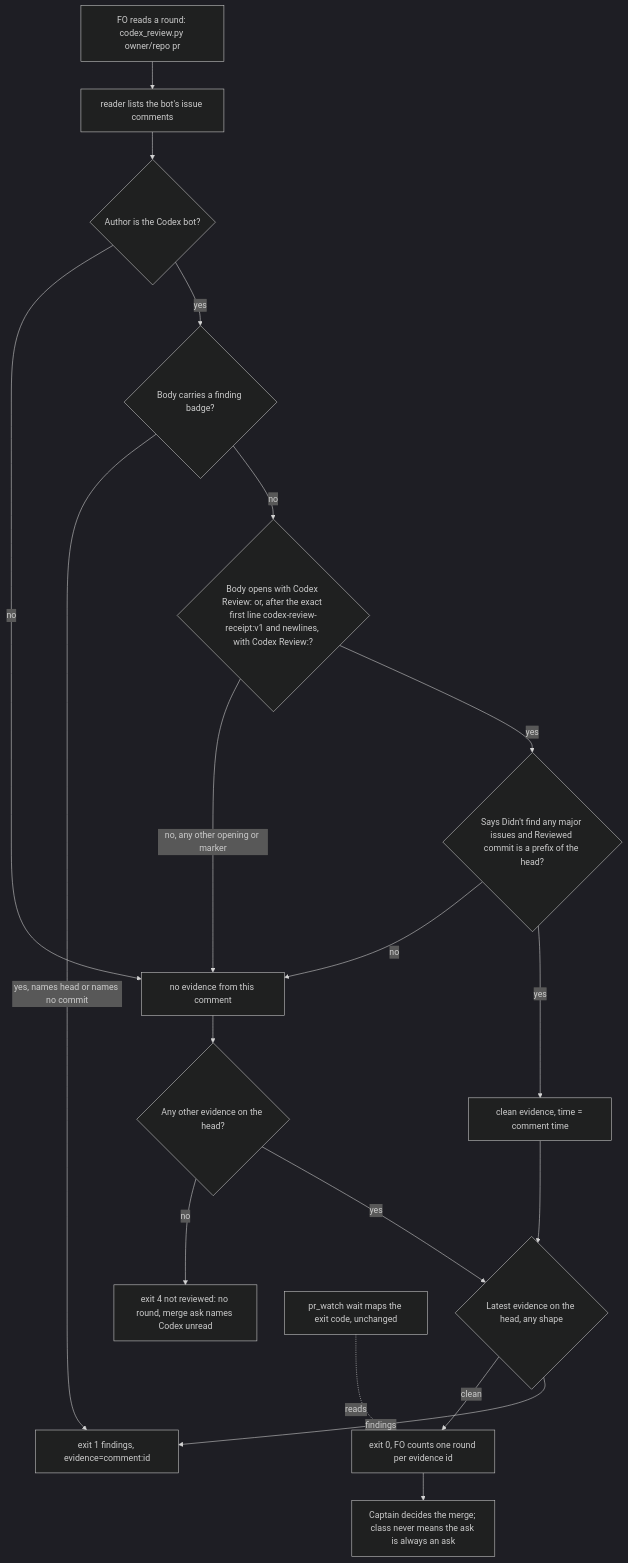
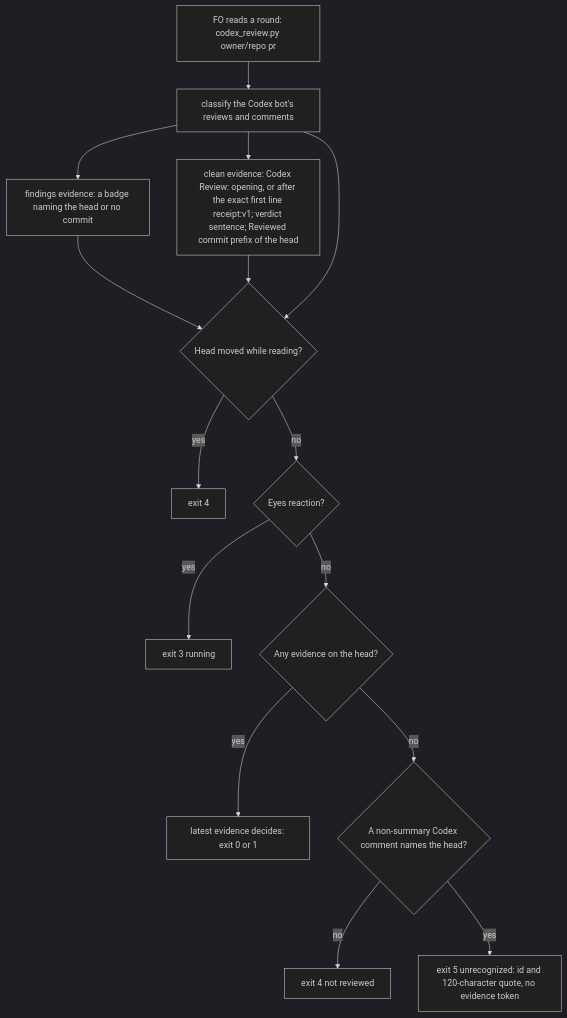
One commit to iamcxa/kc-claude-plugins changed the first of 2 diagrams in codex-reader-reads-receipt-marker.md. Above: the diagram before and after it, drawn with Mermaid (dark theme). The commit also changed other lines of this file, not shown here.

Commit message:
state: codex-reader-reads-receipt-marker ideation design (cycle 2)

````diff
--- a/codex-reader-reads-receipt-marker.md
+++ b/codex-reader-reads-receipt-marker.md
@@ -104,21 +128,17 @@
 ```mermaid
 flowchart TD
-    A[FO reads a round: codex_review.py owner/repo pr] --> B[reader lists the bot's issue comments]
-    B --> C{Author is the Codex bot?}
-    C -- no --> N4[no evidence from this comment]
-    C -- yes --> D{Body carries a finding badge?}
-    D -- yes, names head or names no commit --> E1[exit 1 findings, evidence=comment:id]
-    D -- no --> F{Body opens with Codex Review: or, after the exact first line codex-review-receipt:v1 and newlines, with Codex Review:?}
-    F -- no, any other opening or marker --> N4
-    F -- yes --> G{Says Didn't find any major issues and Reviewed commit is a prefix of the head?}
-    G -- no --> N4
-    G -- yes --> E0[clean evidence, time = comment time]
-    E0 --> L{Latest evidence on the head, any shape}
-    N4 --> L2{Any other evidence on the head?}
-    L2 -- no --> X4[exit 4 not reviewed: no round, merge ask names Codex unread]
-    L2 -- yes --> L
-    L -- clean --> X0[exit 0, FO counts one round per evidence id]
-    L -- findings --> E1
-    P[pr_watch wait maps the exit code, unchanged] -. reads .-> X0
-    X0 --> M[Captain decides the merge; class never means the ask is always an ask]
+    A[FO reads a round: codex_review.py owner/repo pr] --> B[classify the Codex bot's reviews and comments]
+    B --> E1[findings evidence: a badge naming the head or no commit]
+    B --> E0[clean evidence: Codex Review: opening, or after the exact first line receipt:v1; verdict sentence; Reviewed commit prefix of the head]
+    E1 --> R{Head moved while reading?}
+    E0 --> R
+    B --> R
+    R -- yes --> X4[exit 4]
+    R -- no --> Y{Eyes reaction?}
+    Y -- yes --> X3[exit 3 running]
+    Y -- no --> L{Any evidence on the head?}
+    L -- yes --> X[latest evidence decides: exit 0 or 1]
+    L -- no --> U{A non-summary Codex comment names the head?}
+    U -- no --> X4b[exit 4 not reviewed]
+    U -- yes --> X5[exit 5 unrecognized: id and 120-character quote, no evidence token]
 ```
````
